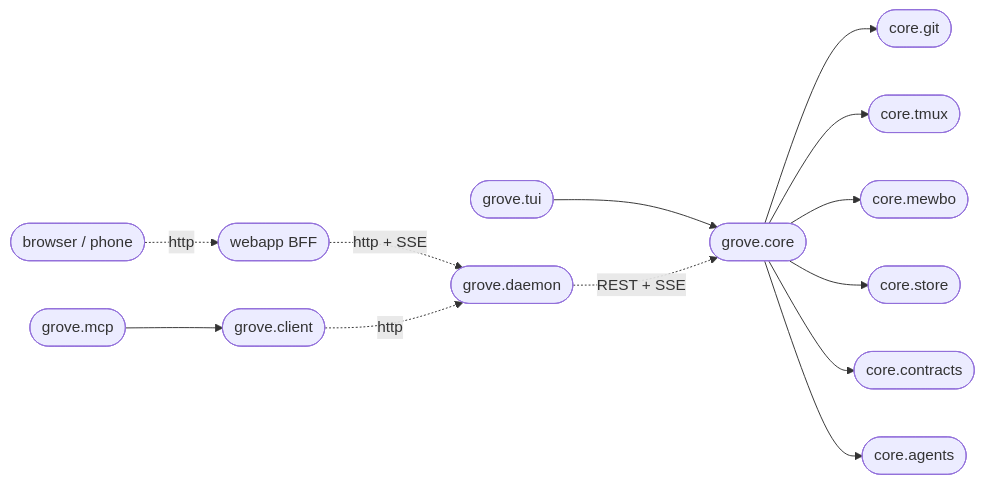
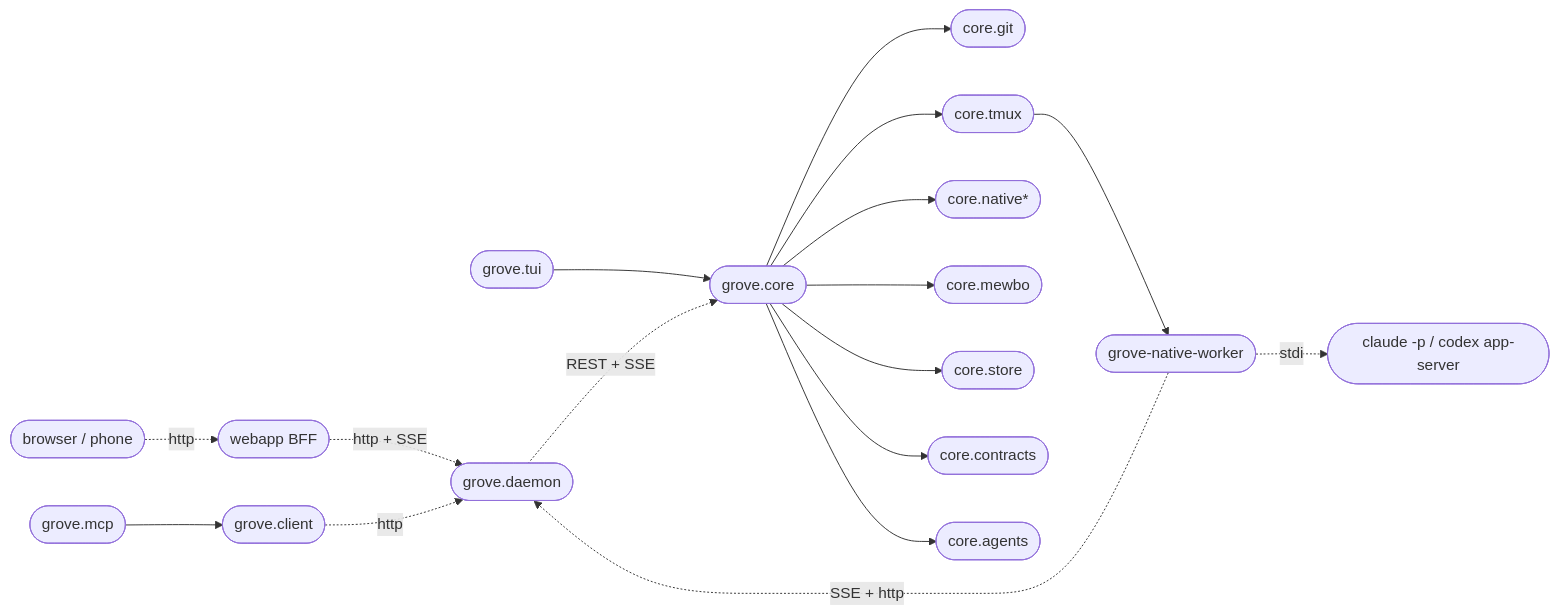
The second of 2 diagrams in docs/develop-architecture.md (bearlike/Grove), drawn with Mermaid before and after one commit. The commit also changed other lines of this file and 717 other files, not shown here.

````diff
--- a/docs/develop-architecture.md
+++ b/docs/develop-architecture.md
@@ -169,15 +120,19 @@
 ```mermaid
 flowchart LR
     Browser([browser / phone]) -.http.-> BFF([webapp BFF])
     BFF -.http + SSE.-> Daemon([grove.daemon])
     TUI([grove.tui]) --> Core([grove.core])
     MCP([grove.mcp]) --> Client([grove.client])
     Client -.http.-> Daemon
     Daemon -.REST + SSE.-> Core
     Core --> Git([core.git])
     Core --> Tmux([core.tmux])
+    Tmux --> Worker([grove-native-worker])
+    Worker -.stdio.-> Provider([claude -p / codex app-server])
+    Worker -.SSE + http.-> Daemon
+    Core --> Native([core.native*])
     Core --> Mewbo([core.mewbo])
     Core --> Store([core.store])
     Core --> Contracts([core.contracts])
     Core --> Agents([core.agents])
 ```
````
